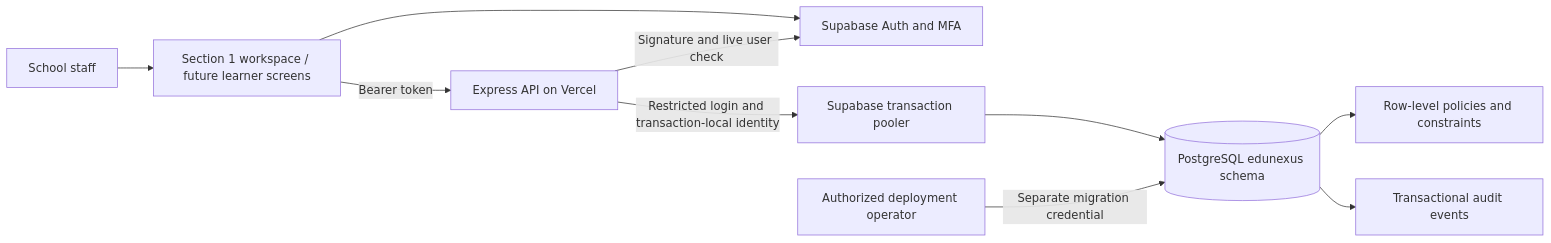
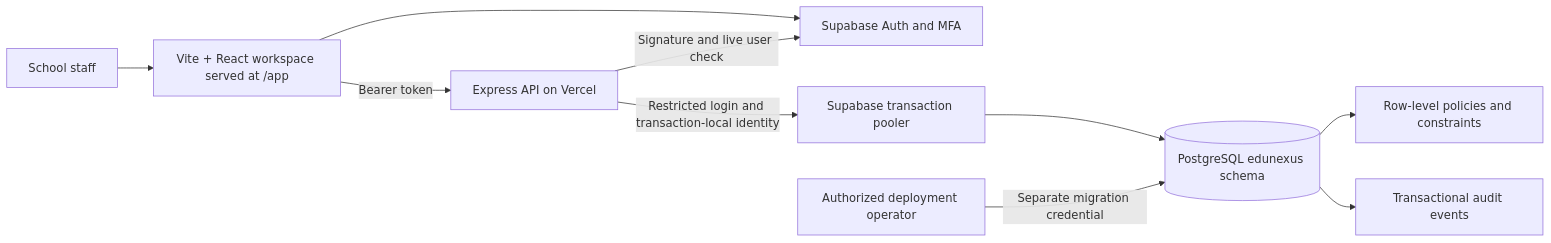
The first of 2 diagrams in docs/architecture.md (dayannnnn015/demo), drawn with Mermaid before and after one commit. The commit also changed 28 other files, not shown here.

````diff
--- a/docs/architecture.md
+++ b/docs/architecture.md
@@ -5,12 +5,12 @@
 ```mermaid
 flowchart LR
-  Staff[School staff] --> UI[Section 1 workspace / future learner screens]
+  Staff[School staff] --> UI[Vite + React workspace served at /app]
   UI --> Auth[Supabase Auth and MFA]
   UI -->|Bearer token| API[Express API on Vercel]
   API -->|Signature and live user check| Auth
   API -->|Restricted login and transaction-local identity| Pool[Supabase transaction pooler]
   Pool --> DB[(PostgreSQL edunexus schema)]
   DB --> RLS[Row-level policies and constraints]
   DB --> Audit[Transactional audit events]
   Operator[Authorized deployment operator] -->|Separate migration credential| DB
 ```
````
